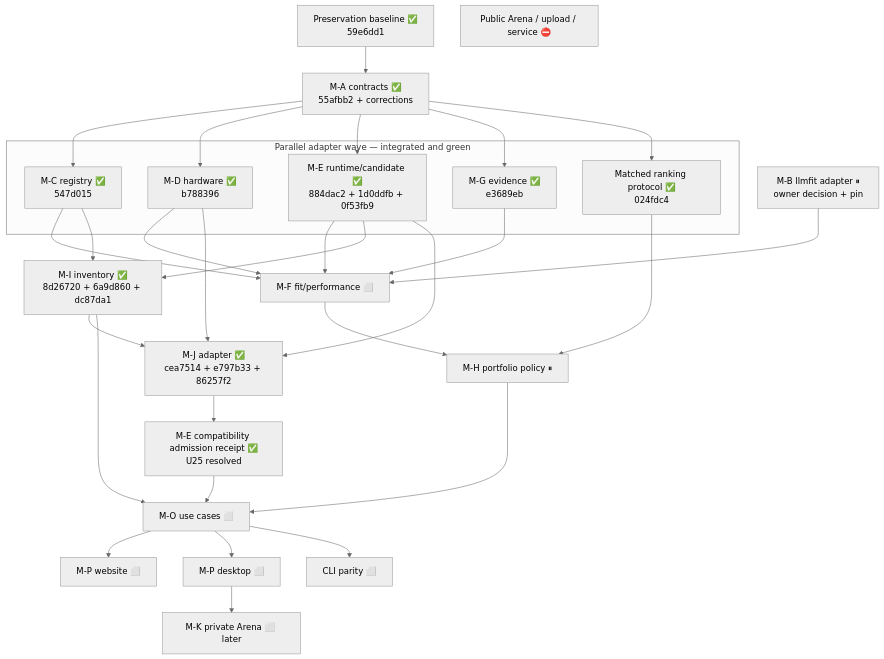
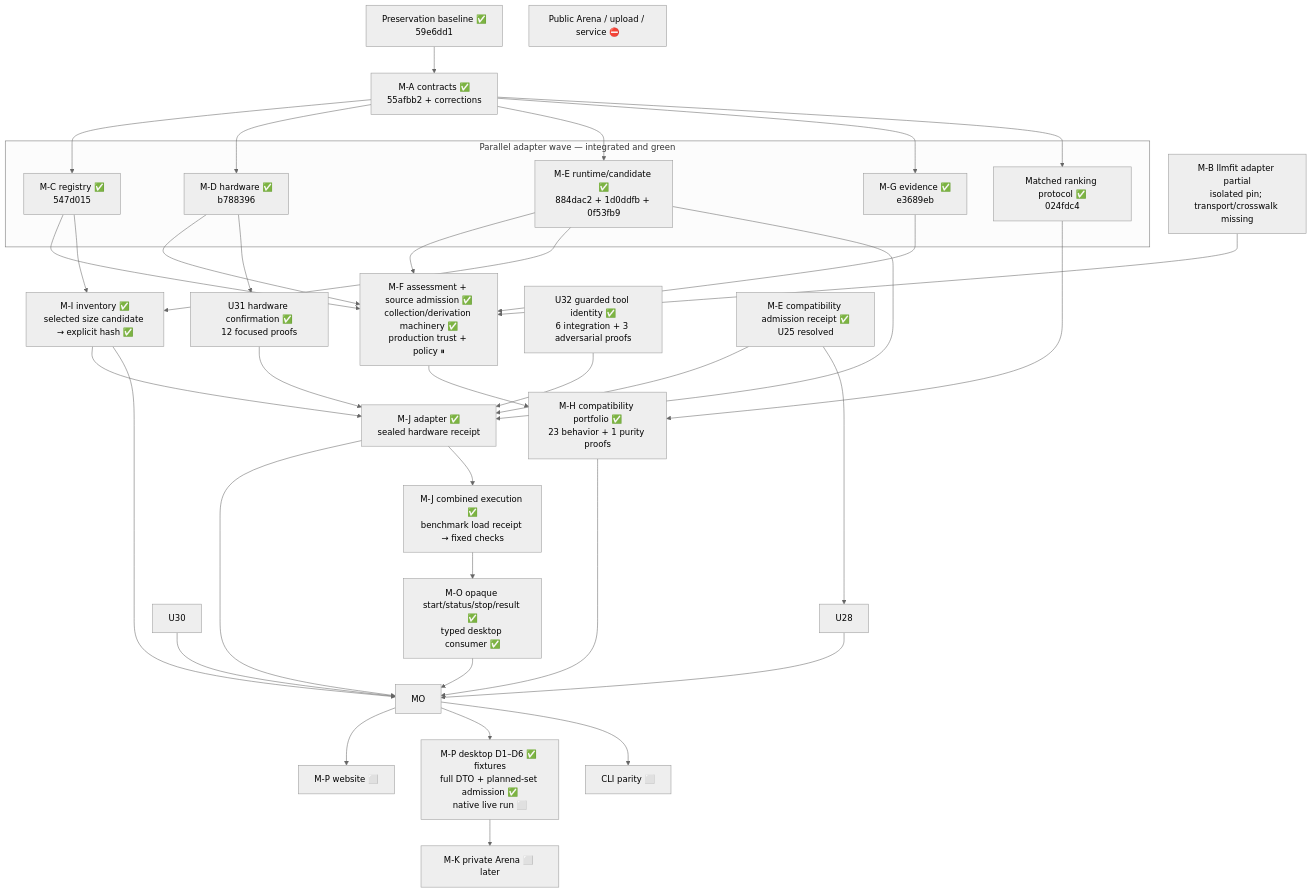
The second of 2 diagrams in docs/system-build-assembler.md (chinmayi-r/localarcade), drawn with Mermaid (neutral theme) before and after one commit. The commit also changed other lines of this file and 23 other files, not shown here.

````diff
--- a/docs/system-build-assembler.md
+++ b/docs/system-build-assembler.md
@@ -148,43 +152,50 @@
 ```mermaid
 flowchart TB
   BASE["Preservation baseline ✅\n59e6dd1"] --> MA["M-A contracts ✅\n55afbb2 + corrections"]
 
   subgraph W1["Parallel adapter wave — integrated and green"]
     MC["M-C registry ✅\n547d015"]
     MD["M-D hardware ✅\nb788396"]
     ME["M-E runtime/candidate ✅\n884dac2 + 1d0ddfb + 0f53fb9"]
     MG["M-G evidence ✅\ne3689eb"]
     PROTO["Matched ranking protocol ✅\n024fdc4"]
   end
 
   MA --> MC
   MA --> MD
   MA --> ME
   MA --> MG
   MA --> PROTO
 
-  MB["M-B llmfit adapter ⏸\nowner decision + pin"]
-  MC --> MF["M-F fit/performance ⬜"]
+  MB["M-B llmfit adapter partial\nisolated pin; transport/crosswalk missing"]
+  MC --> MF["M-F assessment + source admission ✅\ncollection/derivation machinery ✅\nproduction trust + policy ⏸"]
   MD --> MF
   ME --> MF
   MG --> MF
   MB --> MF
 
-  MC --> MI["M-I inventory ✅\n8d26720 + 6a9d860 + dc87da1"]
+  MC --> MI["M-I inventory ✅\nselected size candidate → explicit hash ✅"]
   ME --> MI
-  MD --> MJ["M-J adapter ✅\ncea7514 + e797b33 + 86257f2"]
+  MD --> U31["U31 hardware confirmation ✅\n12 focused proofs"]
+  U31 --> MJ["M-J adapter ✅\nsealed hardware receipt"]
   ME --> MJ
   MI --> MJ
 
-  MF --> MH["M-H portfolio policy ⏸"]
+  MF --> MH["M-H compatibility portfolio ✅\n23 behavior + 1 purity proofs"]
   PROTO --> MH
-  MH --> MO["M-O use cases ⬜"]
+  MH --> MO
   MI --> MO
-  MJ --> PROOF["M-E compatibility admission receipt ✅\nU25 resolved"]
-  PROOF --> MO
+  U32["U32 guarded tool identity ✅\n6 integration + 3 adversarial proofs"] --> MJ
+  PROOF["M-E compatibility admission receipt ✅\nU25 resolved"] --> MJ
+  MJ --> MO
+  PROOF --> U28 --> MO
+  U30 --> MO
+  MJ --> EXEC["M-J combined execution ✅\nbenchmark load receipt → fixed checks"]
+  EXEC --> IPC["M-O opaque start/status/stop/result ✅\ntyped desktop consumer ✅"]
+  IPC --> MO
   MO --> WEB["M-P website ⬜"]
-  MO --> DESK["M-P desktop ⬜"]
+  MO --> DESK["M-P desktop D1–D6 ✅ fixtures\nfull DTO + planned-set admission ✅\nnative live run ⬜"]
   MO --> CLI["CLI parity ⬜"]
   DESK --> ARENA["M-K private Arena ⬜ later"]
   PUBLIC["Public Arena / upload / service ⛔"]
 ```
````
